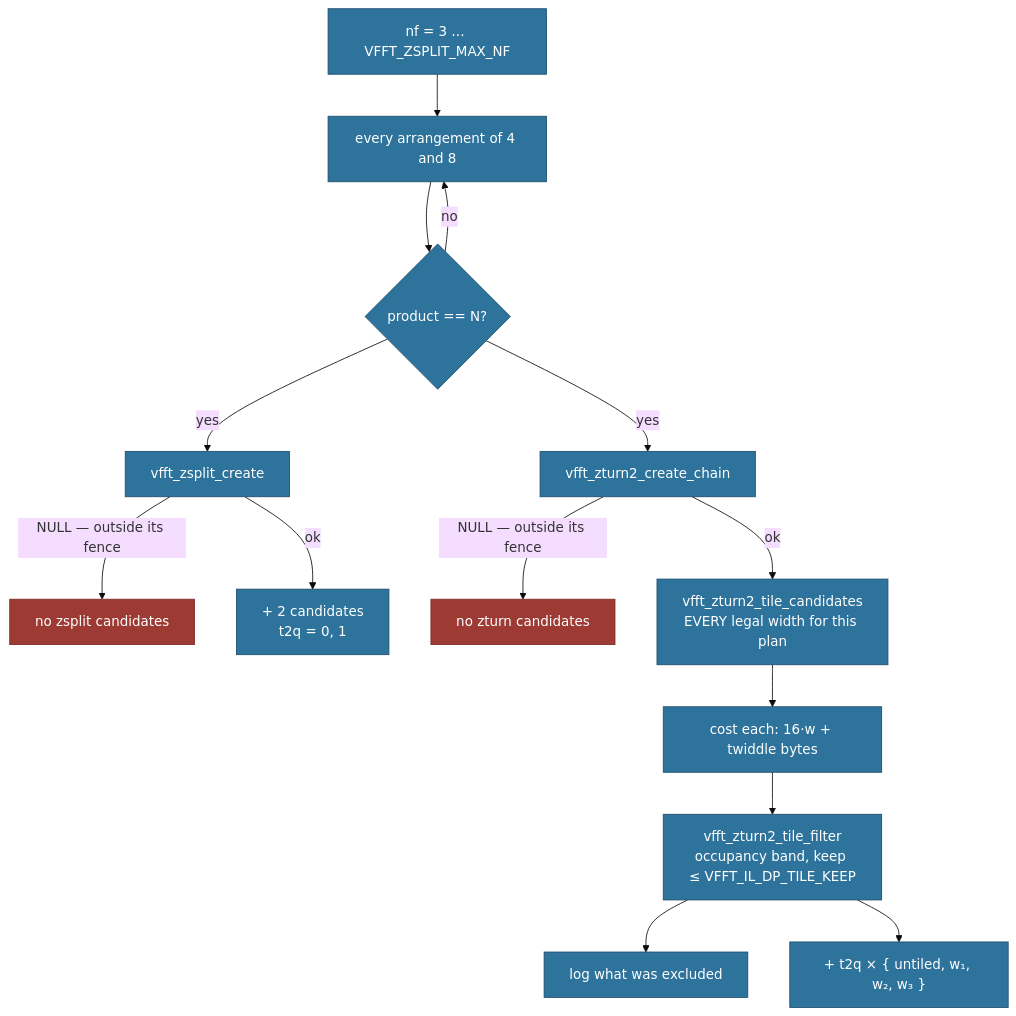
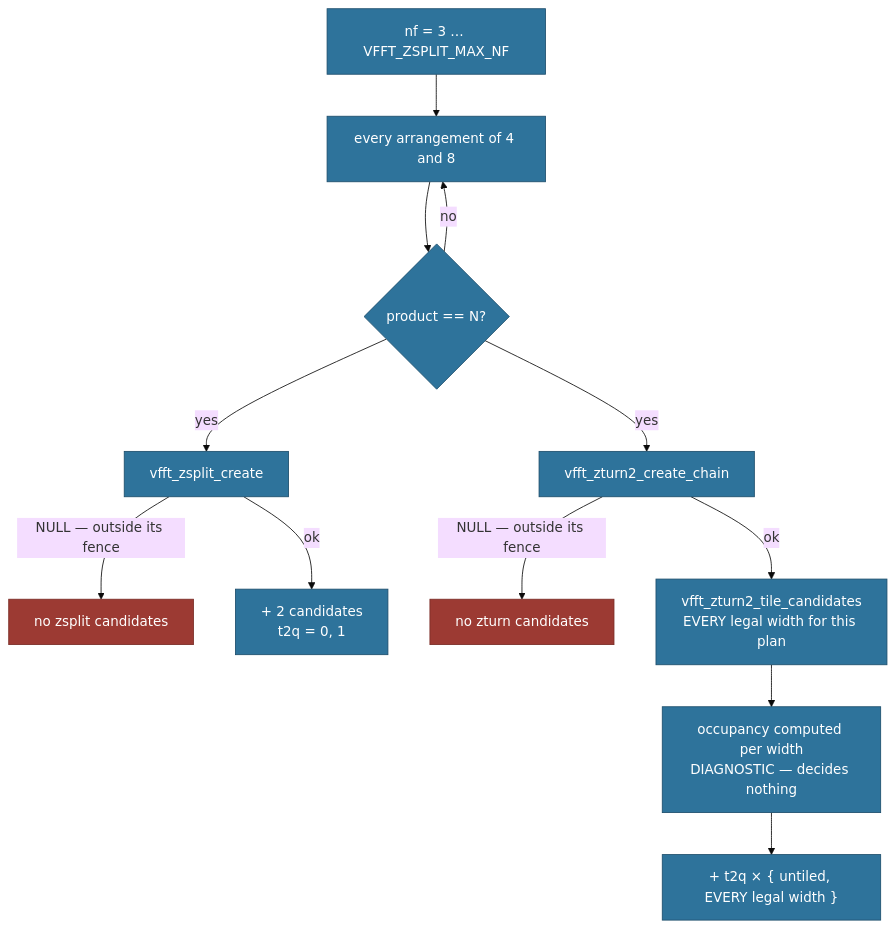
Before and after one commit to Tugbars/VectorFFT: the second of 3 diagrams in docs/wisdom/10_zturn_calibration_flow.md, drawn with Mermaid (base theme). The commit also changed other lines of this file and 1 other file, not shown here.

First line of the commit message:
Revise zturn tiling docs for no-filter flow

````diff
--- a/docs/wisdom/10_zturn_calibration_flow.md
+++ b/docs/wisdom/10_zturn_calibration_flow.md
@@ -78,21 +78,19 @@
 ```mermaid
 flowchart TD
   NF["nf = 3 … VFFT_ZSPLIT_MAX_NF"]:::model --> MASK["every arrangement of 4 and 8"]:::model
   MASK --> PROD{"product == N?"}:::model
   PROD -->|no| MASK
   PROD -->|yes| ZS["vfft_zsplit_create"]:::model
   PROD -->|yes| ZT["vfft_zturn2_create_chain"]:::model
 
   ZS -->|"NULL — outside its fence"| NOZS["no zsplit candidates"]:::stop
   ZS -->|ok| CS["+ 2 candidates<br/>t2q = 0, 1"]:::model
 
   ZT -->|"NULL — outside its fence"| NOZT["no zturn candidates"]:::stop
   ZT -->|ok| W1["vfft_zturn2_tile_candidates<br/>EVERY legal width for this plan"]:::model
-  W1 --> W2["cost each: 16·w + twiddle bytes"]:::model
-  W2 --> W3["vfft_zturn2_tile_filter<br/>occupancy band, keep ≤ VFFT_IL_DP_TILE_KEEP"]:::model
-  W3 --> OOB["log what was excluded"]:::model
-  W3 --> CT["+ t2q × { untiled, w₁, w₂, w₃ }"]:::model
+  W1 --> W2["occupancy computed per width<br/>DIAGNOSTIC — decides nothing"]:::model
+  W2 --> CT["+ t2q × { untiled, EVERY legal width }"]:::model
 
   classDef model fill:#2E739B,stroke:#1D4E6C,color:#FFFFFF,stroke-width:1px;
   classDef stop  fill:#9C3A33,stroke:#7A2C26,color:#FFFFFF,stroke-width:1px;
 ```
````
